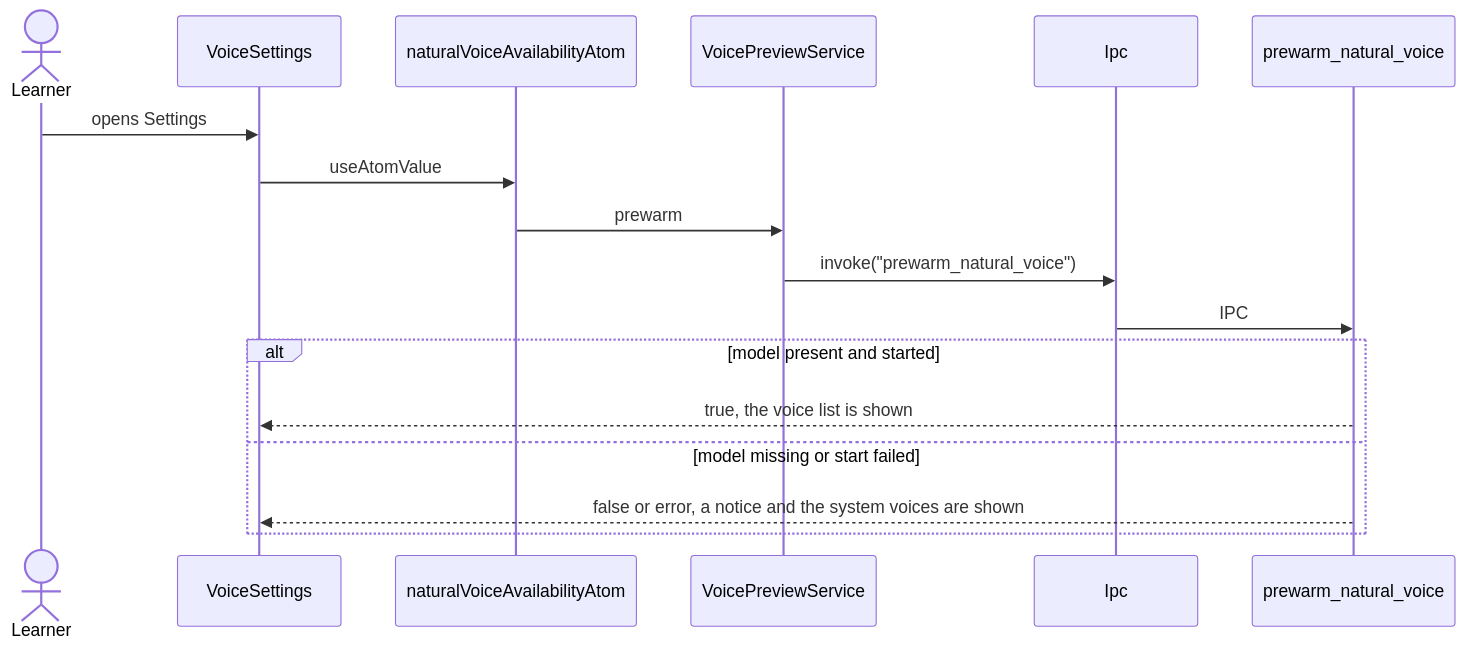
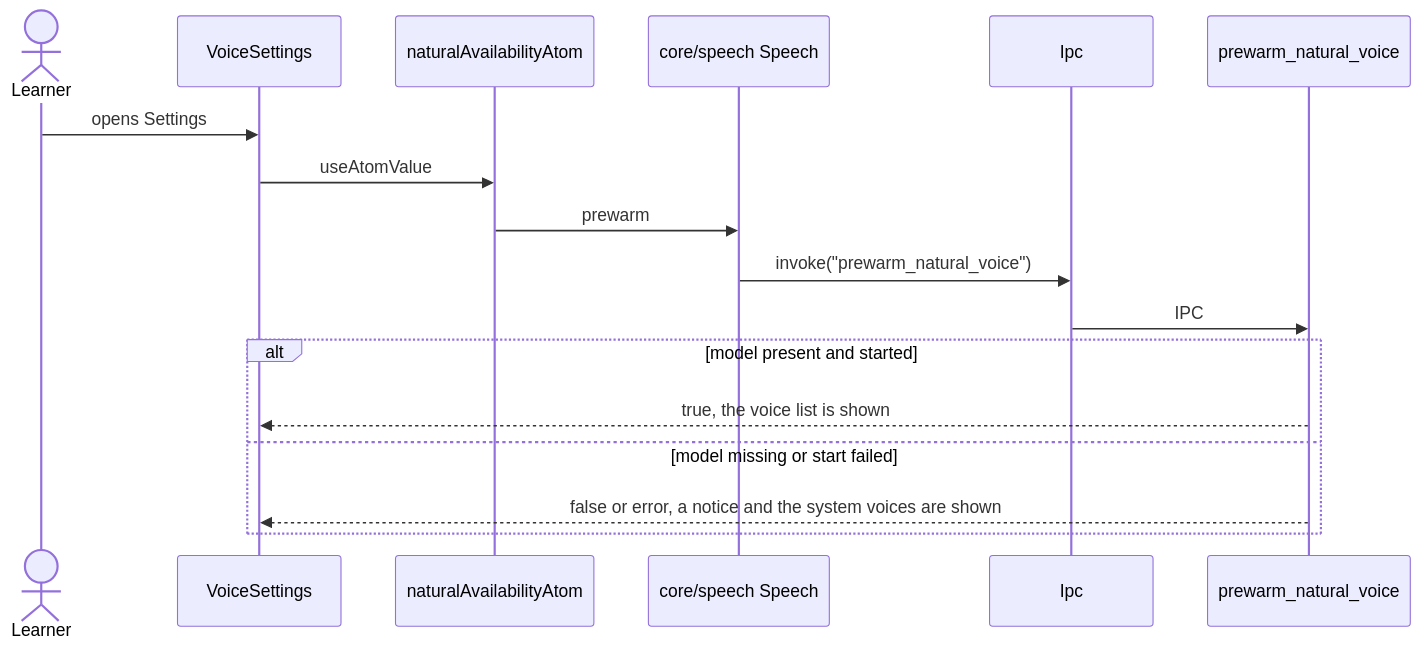
One commit to oleksii-latyshev/english-trainer changed the first of 5 diagrams in src/features/voice-settings/flow.md. Above: the diagram before and after it, drawn with Mermaid. The commit also changed other lines of this file and 104 other files, not shown here.

First line of the commit message:
perf(speech): voice output in core/speech without gaps between phrases (#51)

````diff
--- a/src/features/voice-settings/flow.md
+++ b/src/features/voice-settings/flow.md
@@ -10,20 +10,20 @@
 ```mermaid
 sequenceDiagram
     actor Learner
     participant Settings as VoiceSettings
-    participant Atom as naturalVoiceAvailabilityAtom
-    participant Service as VoicePreviewService
+    participant Atom as naturalAvailabilityAtom
+    participant Service as core/speech Speech
     participant Ipc
     participant Command as prewarm_natural_voice
 
     Learner->>Settings: opens Settings
     Settings->>Atom: useAtomValue
     Atom->>Service: prewarm
     Service->>Ipc: invoke("prewarm_natural_voice")
     Ipc->>Command: IPC
     alt model present and started
         Command-->>Settings: true, the voice list is shown
     else model missing or start failed
         Command-->>Settings: false or error, a notice and the system voices are shown
     end
 ```
````
